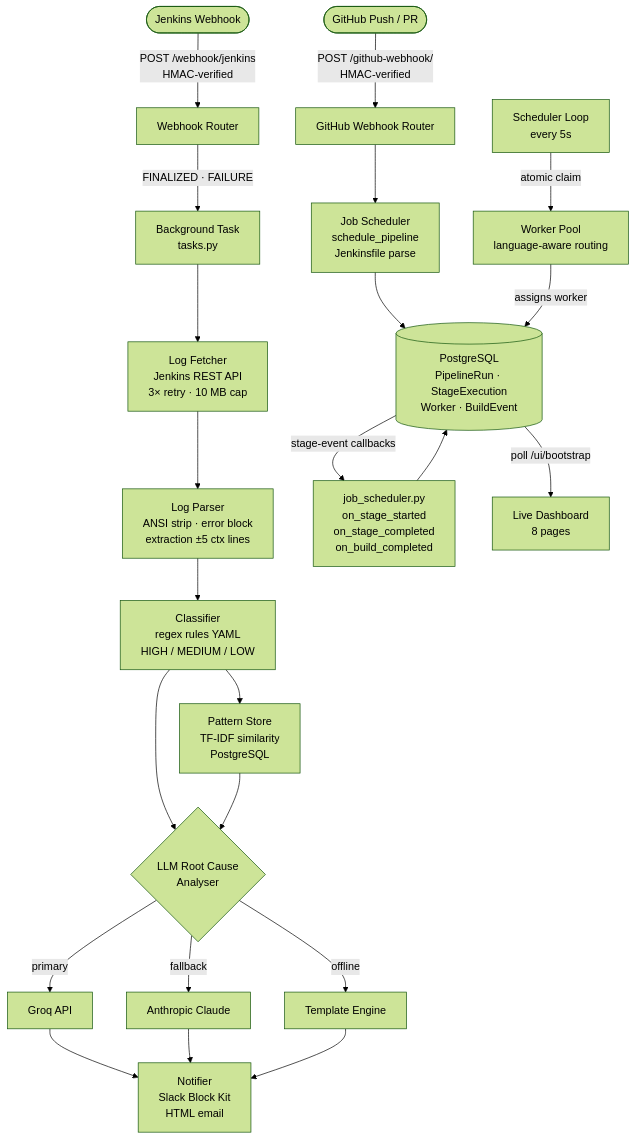
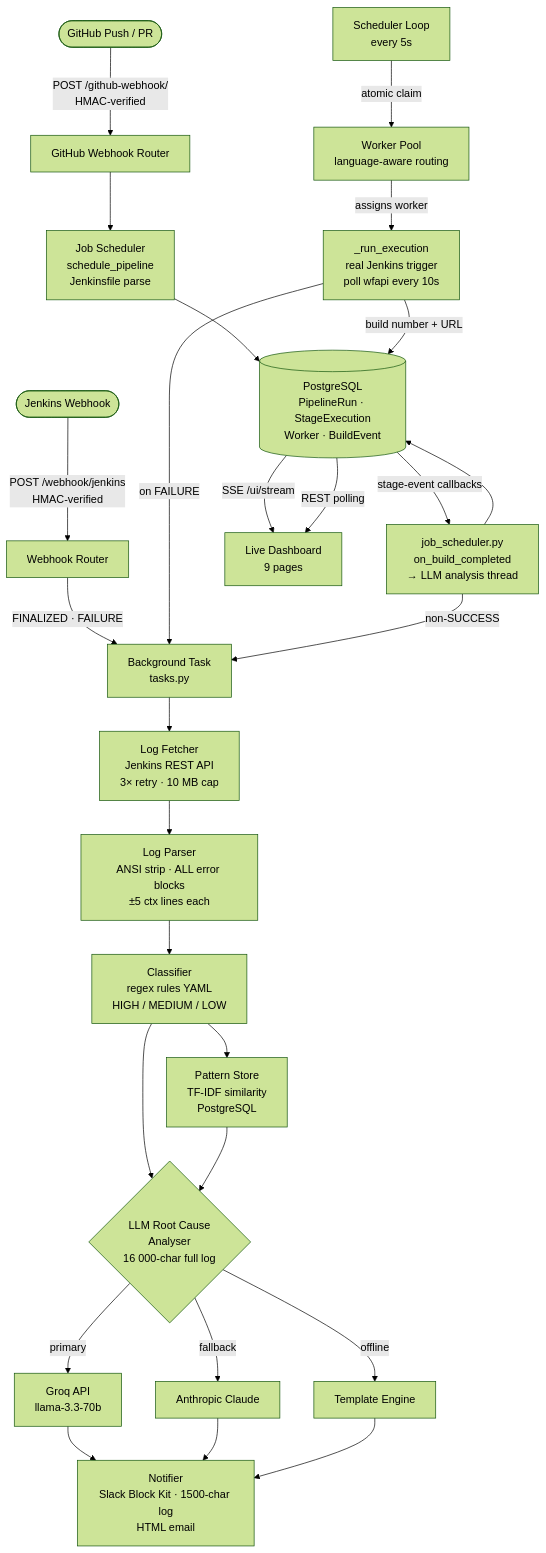
One commit to BugHunterX2101/Jenkins_Log_Intel_System changed the diagram in README.md. Above: the diagram before and after it, drawn with Mermaid (forest theme). The commit also changed other lines of this file and 20 other files, not shown here.

````diff
--- a/README.md
+++ b/README.md
@@ -28,28 +29,33 @@
 ```mermaid
 flowchart TD
     A([Jenkins Webhook]) -->|POST /webhook/jenkins\nHMAC-verified| B[Webhook Router]
     B -->|FINALIZED · FAILURE| C[Background Task\ntasks.py]
 
     C --> D[Log Fetcher\nJenkins REST API\n3× retry · 10 MB cap]
-    D --> E[Log Parser\nANSI strip · error block\nextraction ±5 ctx lines]
+    D --> E[Log Parser\nANSI strip · ALL error blocks\n±5 ctx lines each]
     E --> F[Classifier\nregex rules YAML\nHIGH / MEDIUM / LOW]
     F --> G[Pattern Store\nTF-IDF similarity\nPostgreSQL]
-    F & G --> H{LLM Root Cause\nAnalyser}
+    F & G --> H{LLM Root Cause\nAnalyser\n16 000-char full log}
 
-    H -->|primary| I[Groq API]
+    H -->|primary| I[Groq API\nllama-3.3-70b]
     H -->|fallback| J[Anthropic Claude]
     H -->|offline| K[Template Engine]
 
-    I & J & K --> L[Notifier\nSlack Block Kit\nHTML email]
+    I & J & K --> L[Notifier\nSlack Block Kit · 1500-char log\nHTML email]
 
     M([GitHub Push / PR]) -->|POST /github-webhook/\nHMAC-verified| N[GitHub Webhook Router]
     N --> O[Job Scheduler\nschedule_pipeline\nJenkinsfile parse]
     O --> P[(PostgreSQL\nPipelineRun · StageExecution\nWorker · BuildEvent)]
 
     Q[Scheduler Loop\nevery 5s] -->|atomic claim| R[Worker Pool\nlanguage-aware routing]
-    R -->|assigns worker| P
-    P -->|stage-event callbacks| S[job_scheduler.py\non_stage_started\non_stage_completed\non_build_completed]
-    S --> P
+    R -->|assigns worker| S[_run_execution\nreal Jenkins trigger\npoll wfapi every 10s]
+    S -->|build number + URL| P
+    S -->|on FAILURE| C
 
-    P -->|poll /ui/bootstrap| T[Live Dashboard\n8 pages]
+    P -->|stage-event callbacks| T[job_scheduler.py\non_build_completed\n→ LLM analysis thread]
+    T -->|non-SUCCESS| C
+    T --> P
+
+    P -->|SSE /ui/stream| U[Live Dashboard\n9 pages]
+    P -->|REST polling| U
 ```
````
